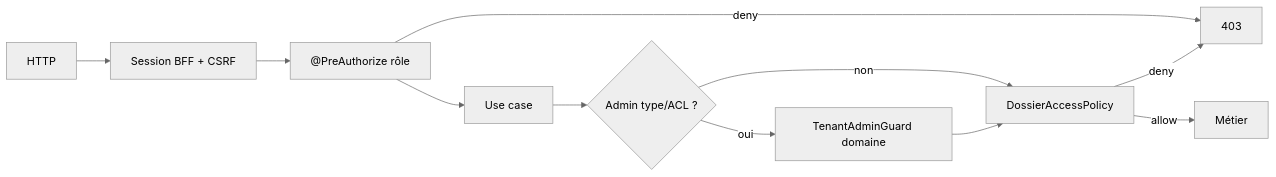
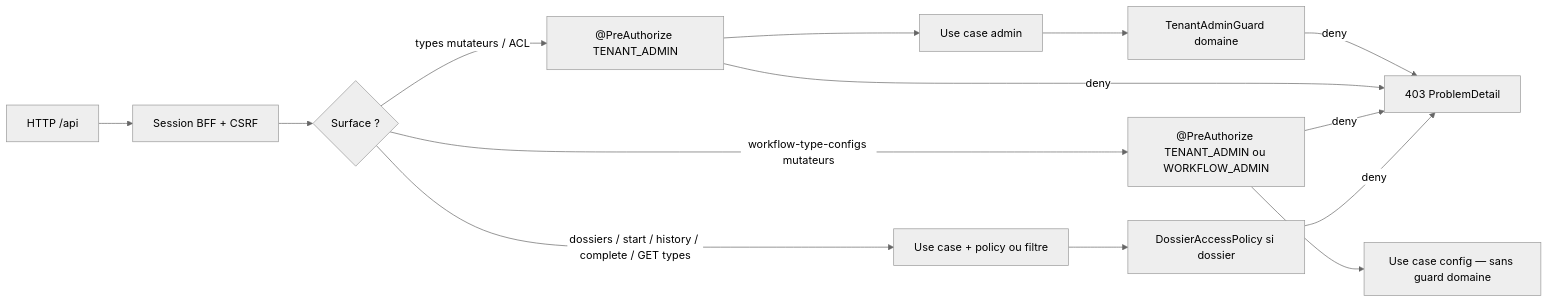
Before and after one commit to superjojo79/Myrmacta: the third of 3 diagrams in docs/ai/design/2026-07-31-feature-autorisation-conformite.md, drawn with Mermaid (neutral theme). The commit also changed other lines of this file and 2 other files, not shown here.

````diff
--- a/docs/ai/design/2026-07-31-feature-autorisation-conformite.md
+++ b/docs/ai/design/2026-07-31-feature-autorisation-conformite.md
@@ -76,13 +82,16 @@
 ```mermaid
 flowchart LR
-  REQ[HTTP] --> BFF[Session BFF + CSRF]
-  BFF --> PRE["@PreAuthorize rôle"]
-  PRE -->|deny| H403[403]
-  PRE --> UC[Use case]
-  UC --> TAG{Admin type/ACL ?}
-  TAG -->|oui| G[TenantAdminGuard domaine]
-  TAG -->|non| POL[DossierAccessPolicy]
-  G --> POL
-  POL -->|allow| OK[Métier]
+  REQ[HTTP /api] --> BFF[Session BFF + CSRF]
+  BFF --> KIND{Surface ?}
+  KIND -->|types mutateurs / ACL| PRE1["@PreAuthorize TENANT_ADMIN"]
+  KIND -->|workflow-type-configs mutateurs| PRE2["@PreAuthorize TENANT_ADMIN ou WORKFLOW_ADMIN"]
+  KIND -->|dossiers / start / history / complete / GET types| POLPATH[Use case + policy ou filtre]
+  PRE1 --> UC1[Use case admin]
+  UC1 --> TAG[TenantAdminGuard domaine]
+  PRE2 --> UC2[Use case config — sans guard domaine]
+  POLPATH --> POL[DossierAccessPolicy si dossier]
+  TAG -->|deny| H403[403 ProblemDetail]
+  PRE1 -->|deny| H403
+  PRE2 -->|deny| H403
   POL -->|deny| H403
 ```
````
